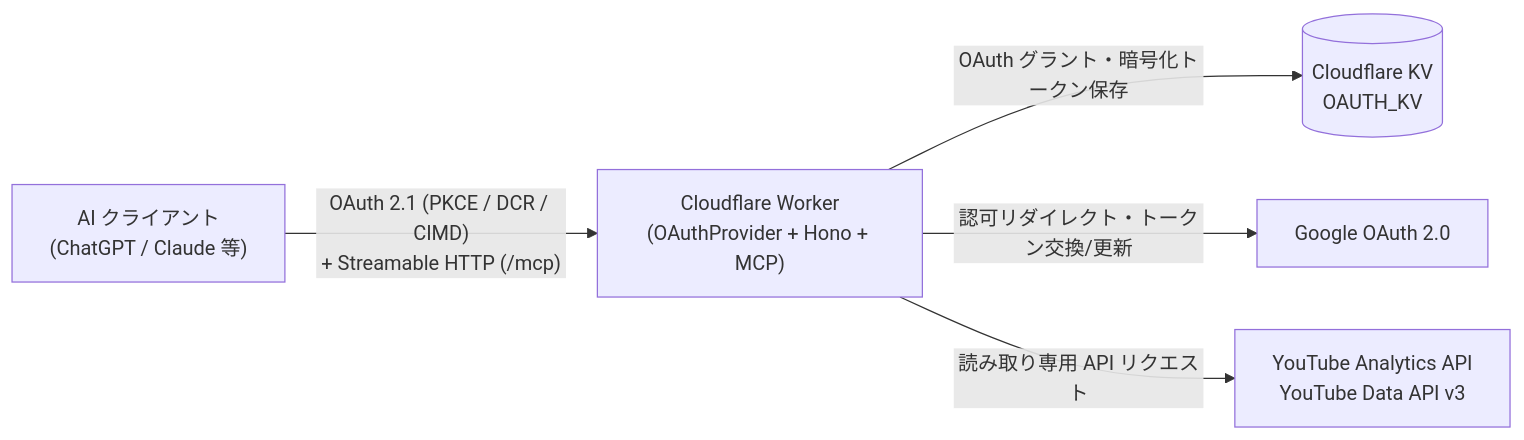
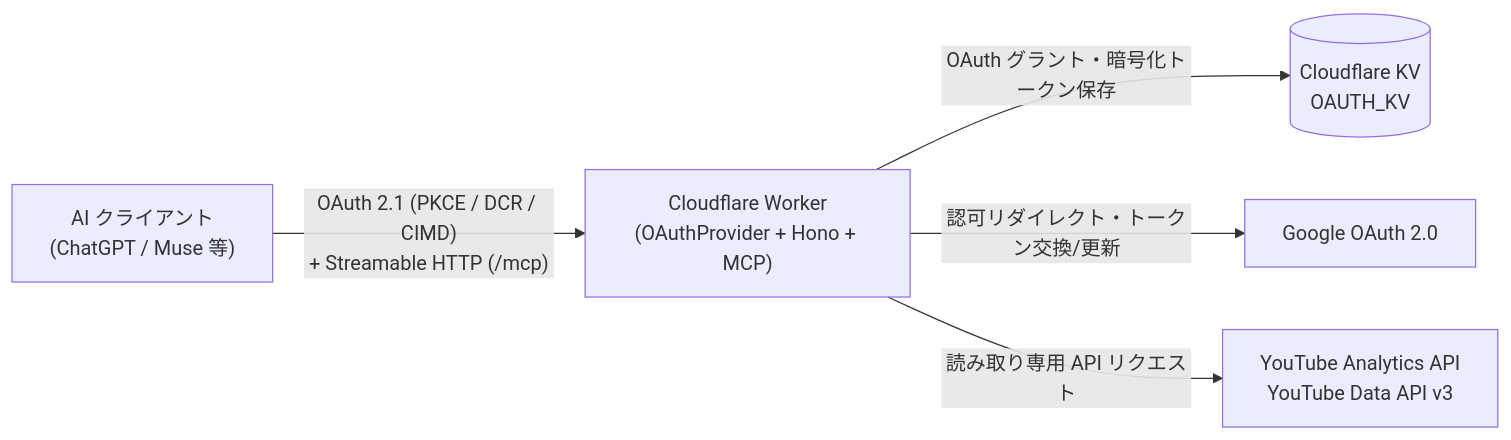
The first of 2 diagrams in docs/ARCHITECTURE.md (nseto-swdev/chansight), drawn with Mermaid before and after one commit. The commit also changed other lines of this file and 18 other files, not shown here.

````diff
--- a/docs/ARCHITECTURE.md
+++ b/docs/ARCHITECTURE.md
@@ -66,13 +69,13 @@
 ```mermaid
 flowchart LR
-    Client["AI クライアント<br/>(ChatGPT / Claude 等)"]
+    Client["AI クライアント<br/>(ChatGPT / Muse 等)"]
     Worker["Cloudflare Worker<br/>(OAuthProvider + Hono + MCP)"]
     KV[("Cloudflare KV<br/>OAUTH_KV")]
     GoogleAuth["Google OAuth 2.0"]
     YouTube["YouTube Analytics API<br/>YouTube Data API v3"]
 
     Client -- "OAuth 2.1 (PKCE / DCR / CIMD)<br/>+ Streamable HTTP (/mcp)" --> Worker
     Worker -- "OAuth グラント・暗号化トークン保存" --> KV
     Worker -- "認可リダイレクト・トークン交換/更新" --> GoogleAuth
     Worker -- "読み取り専用 API リクエスト" --> YouTube
 ```
````
